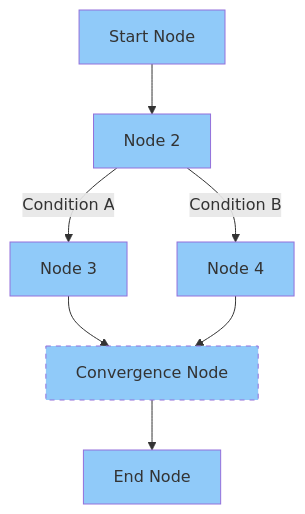
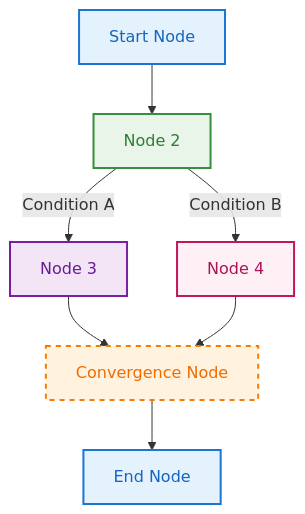
The second of 6 diagrams in quantalogic_flow/README.md (quantalogic/quantalogic), drawn with Mermaid before and after one commit. The commit also changed other lines of this file and 1 other file, not shown here.

Commit message:
style: update color scheme for Mermaid diagrams to enhance readability and accessibility

````diff
--- a/quantalogic_flow/README.md
+++ b/quantalogic_flow/README.md
@@ -225,15 +229,15 @@
 ```mermaid
 graph TD
     A[Start Node] --> B[Node 2]
     B -->|Condition A| C[Node 3]
     B -->|Condition B| D[Node 4]
     C --> E[Convergence Node]
     D --> E
     E --> F[End Node]
-    style A fill:#90CAF9
-    style B fill:#90CAF9
-    style C fill:#90CAF9
-    style D fill:#90CAF9
-    style E fill:#90CAF9,stroke-dasharray:5 5
-    style F fill:#90CAF9
+    style A fill:#E3F2FD,stroke:#1976D2,stroke-width:2px,color:#1565C0
+    style B fill:#E8F5E8,stroke:#388E3C,stroke-width:2px,color:#2E7D32
+    style C fill:#F3E5F5,stroke:#7B1FA2,stroke-width:2px,color:#6A1B9A
+    style D fill:#FFF0F5,stroke:#C2185B,stroke-width:2px,color:#AD1457
+    style E fill:#FFF3E0,stroke:#F57C00,stroke-width:2px,color:#EF6C00,stroke-dasharray:5 5
+    style F fill:#E3F2FD,stroke:#1976D2,stroke-width:2px,color:#1565C0
 ```
````
